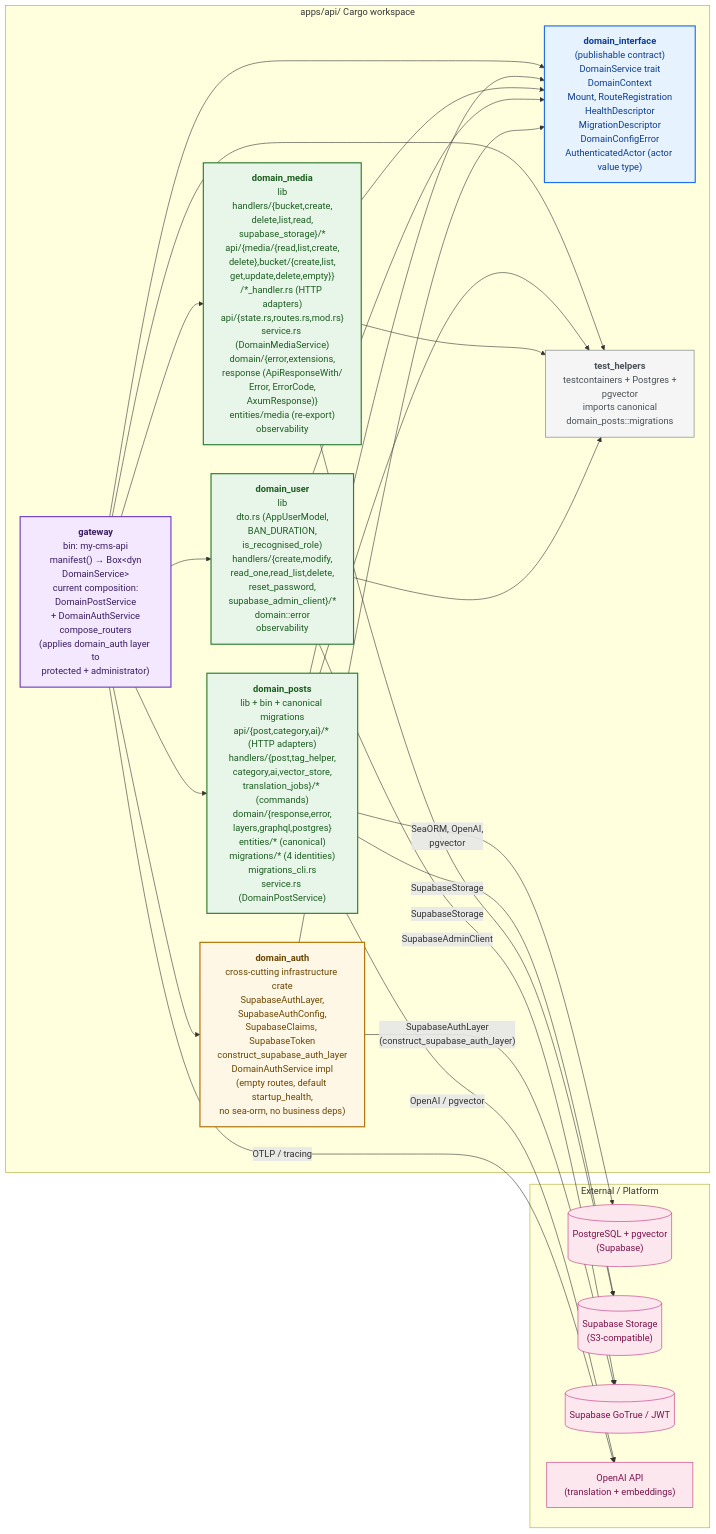
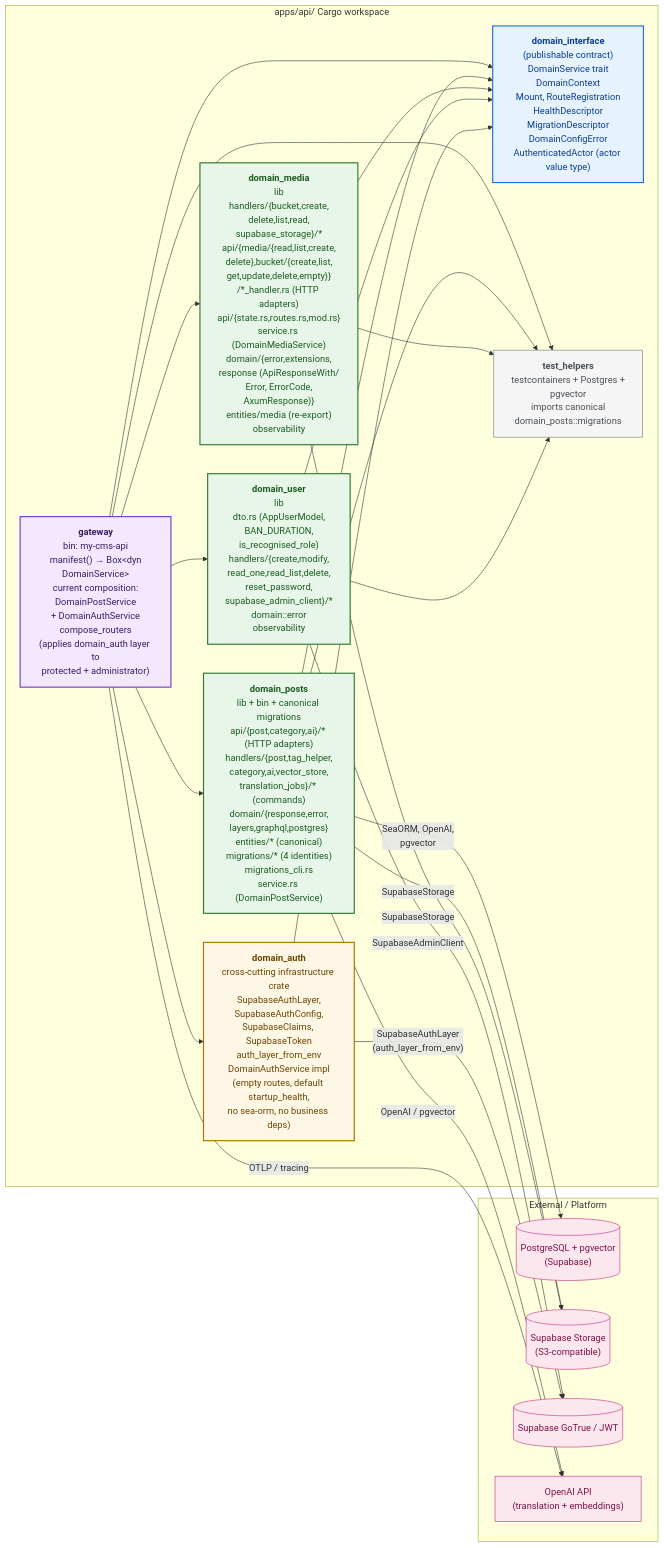
The first of 10 diagrams in docs/api-architecture.md (doitsu2014/my-cms), drawn with Mermaid before and after one commit. The commit also changed other lines of this file and 20 other files, not shown here.

````diff
--- a/docs/api-architecture.md
+++ b/docs/api-architecture.md
@@ -13,60 +13,60 @@
 ```mermaid
 graph LR
     subgraph ws["apps/api/  Cargo workspace"]
         DI["<b>domain_interface</b><br/>(publishable contract)<br/>DomainService trait<br/>DomainContext<br/>Mount, RouteRegistration<br/>HealthDescriptor<br/>MigrationDescriptor<br/>DomainConfigError<br/>AuthenticatedActor (actor value type)"]
-        DA["<b>domain_auth</b><br/>cross-cutting infrastructure crate<br/>SupabaseAuthLayer,<br/>SupabaseAuthConfig,<br/>SupabaseClaims, SupabaseToken<br/>construct_supabase_auth_layer<br/>DomainAuthService impl<br/>(empty routes, default startup_health,<br/>no sea-orm, no business deps)"]
+        DA["<b>domain_auth</b><br/>cross-cutting infrastructure crate<br/>SupabaseAuthLayer,<br/>SupabaseAuthConfig,<br/>SupabaseClaims, SupabaseToken<br/>auth_layer_from_env<br/>DomainAuthService impl<br/>(empty routes, default startup_health,<br/>no sea-orm, no business deps)"]
         DP["<b>domain_posts</b><br/>lib + bin + canonical migrations<br/>api/{post,category,ai}/* (HTTP adapters)<br/>handlers/{post,tag_helper,<br/>category,ai,vector_store,<br/>translation_jobs}/* (commands)<br/>domain/{response,error,<br/>layers,graphql,postgres}<br/>entities/* (canonical)<br/>migrations/* (4 identities)<br/>migrations_cli.rs<br/>service.rs (DomainPostService)"]
         DM["<b>domain_media</b><br/>lib<br/>handlers/{bucket,create,<br/>delete,list,read,<br/>supabase_storage}/*<br/>api/{media/{read,list,create,<br/>delete},bucket/{create,list,<br/>get,update,delete,empty}}<br/>/*_handler.rs (HTTP adapters)<br/>api/{state.rs,routes.rs,mod.rs}<br/>service.rs (DomainMediaService)<br/>domain/{error,extensions,<br/>response (ApiResponseWith/<br/>Error, ErrorCode,<br/>AxumResponse)}<br/>entities/media (re-export)<br/>observability"]
         DU["<b>domain_user</b><br/>lib<br/>dto.rs (AppUserModel,<br/>BAN_DURATION,<br/>is_recognised_role)<br/>handlers/{create,modify,<br/>read_one,read_list,delete,<br/>reset_password,<br/>supabase_admin_client}/*<br/>domain::error<br/>observability"]
         GW["<b>gateway</b><br/>bin: my-cms-api<br/>manifest() → Box&lt;dyn<br/>DomainService&gt;<br/>current composition:<br/>DomainPostService<br/>+ DomainAuthService<br/>compose_routers<br/>(applies domain_auth layer to<br/>protected + administrator)"]
         TH["<b>test_helpers</b><br/>testcontainers + Postgres +<br/>pgvector<br/>imports canonical<br/>domain_posts::migrations"]
     end
 
     subgraph ext["External / Platform"]
         DB[("PostgreSQL + pgvector<br/>(Supabase)")]
         STORE[("Supabase Storage<br/>(S3-compatible)")]
         AUTH[("Supabase GoTrue / JWT")]
         OAI["OpenAI API<br/>(translation + embeddings)"]
     end
 
     GW --> DI
     GW --> DP
     GW --> DA
     GW --> DM
     GW --> DU
     GW --> TH
 
     DP --> DI
     DP --> TH
 
     DM --> DI
     DM --> TH
 
     DU --> DI
     DU --> TH
 
     DA --> DI
 
     DP -- "SeaORM, OpenAI,<br/>pgvector" --> DB
     DP -- "OpenAI / pgvector" --> OAI
     DP -- "SupabaseStorage" --> STORE
     DM -- "SupabaseStorage" --> STORE
     DU -- "SupabaseAdminClient" --> AUTH
-     DA -- "SupabaseAuthLayer<br/>(construct_supabase_auth_layer)" --> AUTH
+     DA -- "SupabaseAuthLayer<br/>(auth_layer_from_env)" --> AUTH
      GW -- "OTLP / tracing" --> OAI
 
 
     classDef contract fill:#e6f3ff,stroke:#1f6feb,stroke-width:2px,color:#0b3d91
     classDef domain fill:#e8f5e9,stroke:#2e7d32,stroke-width:2px,color:#1b5e20
     classDef infra fill:#fff7e6,stroke:#b07000,stroke-width:2px,color:#6b4500
     classDef gateway fill:#f3e8ff,stroke:#6f42c1,stroke-width:2px,color:#3a1d63
     classDef ext fill:#fde7ef,stroke:#bf2c7e,stroke-width:1px,color:#7a1148
     classDef helper fill:#f5f5f5,stroke:#6c7575,stroke-width:1px,color:#495057
 
     class DI contract
     class DP,DM,DU domain
     class DA infra
     class GW gateway
     class TH helper
     class DB,STORE,AUTH,OAI ext
 ```
````
